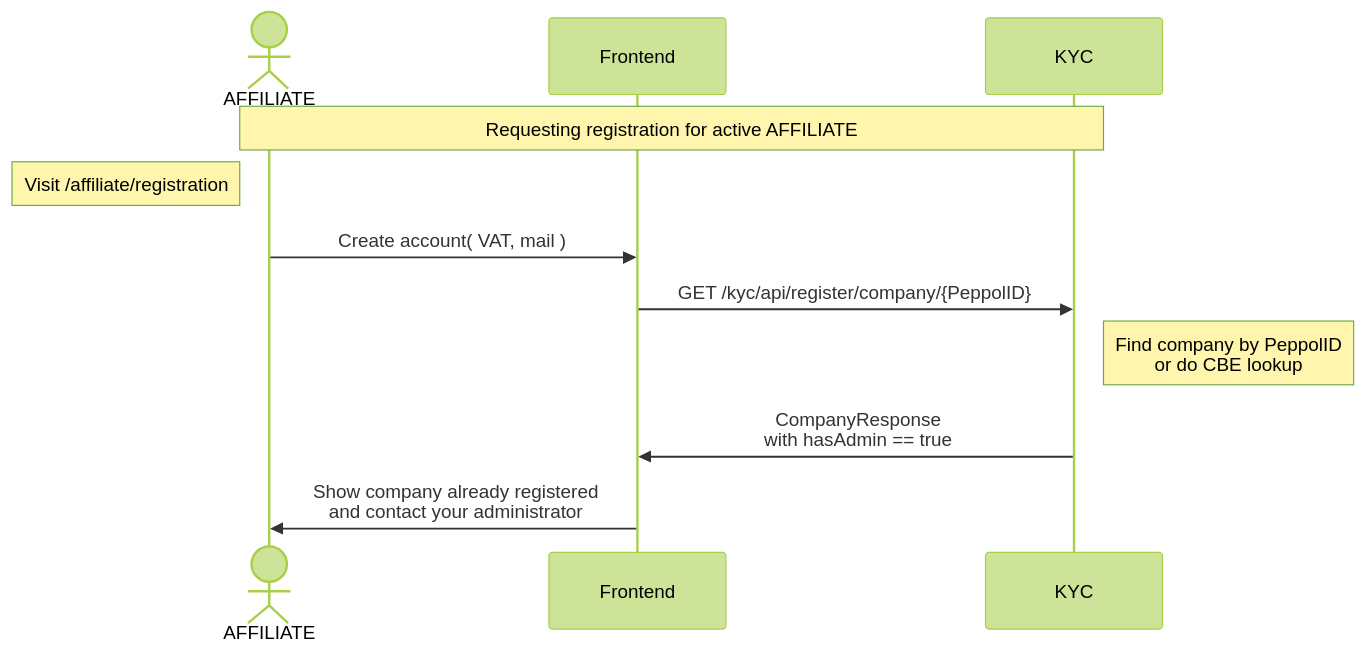
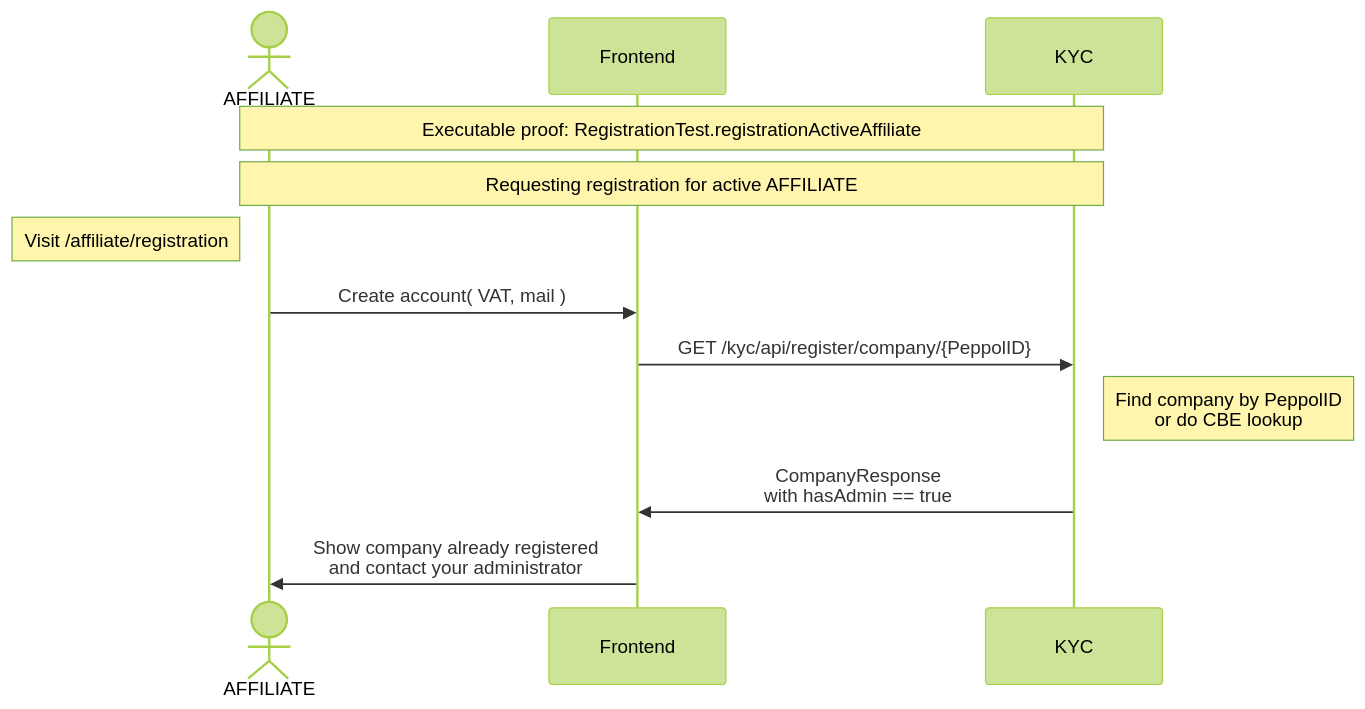
Before and after one commit to letspeppol/letspeppol: the diagram in readme/registration-active-affiliate.md, drawn with Mermaid (forest theme). The commit also changed other lines of this file and 60 other files, not shown here.

````diff
--- a/readme/registration-active-affiliate.md
+++ b/readme/registration-active-affiliate.md
@@ -3,14 +5,16 @@
 ```mermaid
 sequenceDiagram
     actor AFFILIATE as AFFILIATE
     participant Frontend as Frontend
     participant KYC as KYC
+
+    Note over AFFILIATE, KYC: Executable proof: RegistrationTest.registrationActiveAffiliate
 
 Note over AFFILIATE, KYC: Requesting registration for active AFFILIATE
     Note left of AFFILIATE: Visit /affiliate/registration
     AFFILIATE ->> Frontend: Create account( VAT, mail )
     Frontend ->> KYC: GET /kyc/api/register/company/{PeppolID}
     Note right of KYC: Find company by PeppolID <br> or do CBE lookup
     KYC ->> Frontend: CompanyResponse <br> with hasAdmin == true
     Frontend ->> AFFILIATE: Show company already registered <br> and contact your administrator
 ```
````
